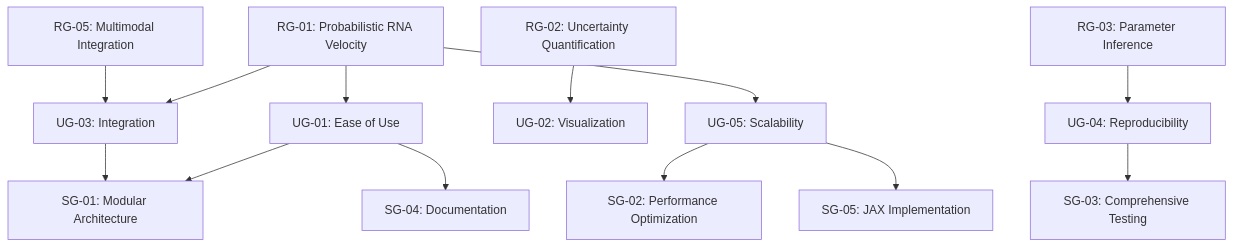
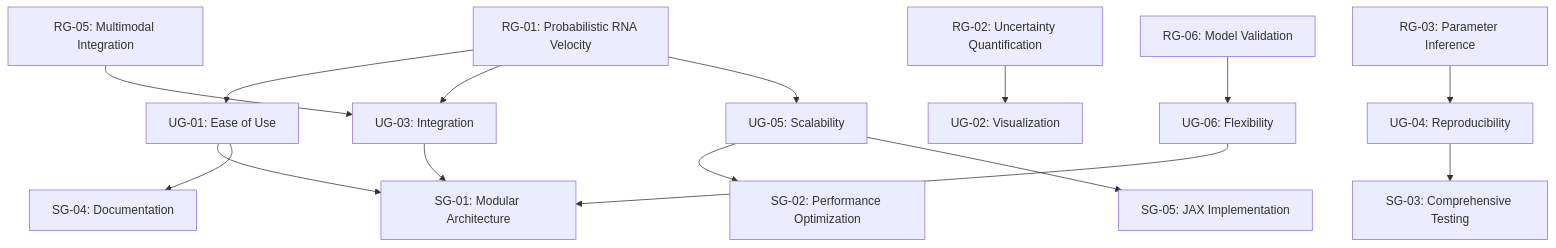
Before and after one commit to pinellolab/pyrovelocity: the first of 2 diagrams in nbs/development/context.qmd, drawn with Mermaid. The commit also changed other lines of this file, not shown here.

````diff
--- a/nbs/development/context.qmd
+++ b/nbs/development/context.qmd
@@ -167,20 +197,22 @@
 ```{mermaid}
 graph TD
     RG01[RG-01: Probabilistic RNA Velocity] --> UG01[UG-01: Ease of Use]
     RG01 --> UG03[UG-03: Integration]
     RG02[RG-02: Uncertainty Quantification] --> UG02[UG-02: Visualization]
     RG03[RG-03: Parameter Inference] --> UG04[UG-04: Reproducibility]
     RG01 --> UG05[UG-05: Scalability]
     RG05[RG-05: Multimodal Integration] --> UG03
+    RG06[RG-06: Model Validation] --> UG06[UG-06: Flexibility]
 
     UG01 --> SG01[SG-01: Modular Architecture]
     UG01 --> SG04[SG-04: Documentation]
     UG03 --> SG01
     UG04 --> SG03[SG-03: Comprehensive Testing]
     UG05 --> SG02[SG-02: Performance Optimization]
     UG05 --> SG05[SG-05: JAX Implementation]
+    UG06 --> SG01
 
-    class RG01,RG02,RG03,RG05 research;
-    class UG01,UG02,UG03,UG04,UG05 usage;
+    class RG01,RG02,RG03,RG05,RG06 research;
+    class UG01,UG02,UG03,UG04,UG05,UG06 usage;
     class SG01,SG02,SG03,SG04,SG05 system;
 ```
````
